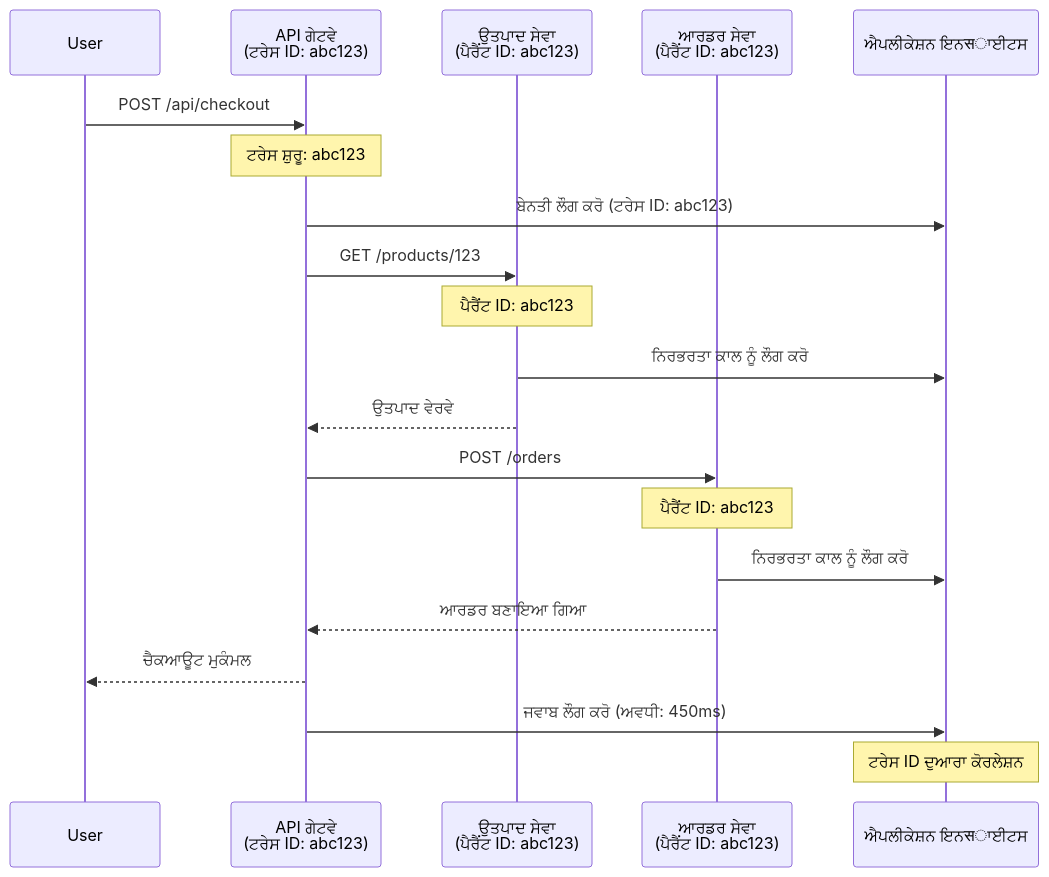
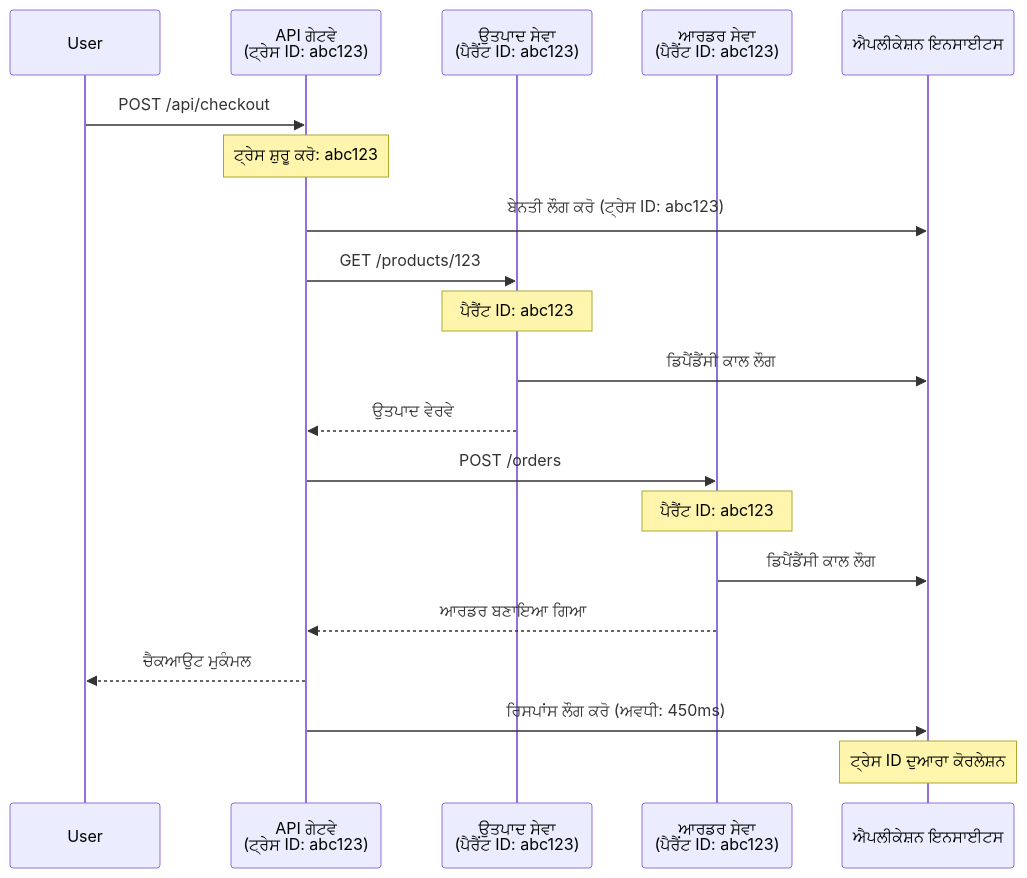
The second of 2 diagrams in translations/pa/docs/chapter-06-pre-deployment/application-insights.md (microsoft/AZD-for-beginners), drawn with Mermaid before and after one commit. The commit also changed other lines of this file and 101 other files, not shown here.

````diff
--- a/translations/pa/docs/chapter-06-pre-deployment/application-insights.md
+++ b/translations/pa/docs/chapter-06-pre-deployment/application-insights.md
@@ -744,27 +744,27 @@
 ```mermaid
 sequenceDiagram
     participant User
-    participant Gateway as API ਗੇਟਵੇ<br/>(ਟਰੇਸ ID: abc123)
+    participant Gateway as API ਗੇਟਵੇ<br/>(ਟ੍ਰੇਸ ID: abc123)
     participant Product as ਉਤਪਾਦ ਸੇਵਾ<br/>(ਪੈਰੈਂਟ ID: abc123)
     participant Order as ਆਰਡਰ ਸੇਵਾ<br/>(ਪੈਰੈਂਟ ID: abc123)
-    participant AppInsights as ਐਪਲੀਕੇਸ਼ਨ ਇਨसਾਈਟਸ
+    participant AppInsights as ਐਪਲੀਕੇਸ਼ਨ ਇਨਸਾਈਟਸ
     
     User->>Gateway: POST /api/checkout
-    Note over Gateway: ਟਰੇਸ ਸ਼ੁਰੂ: abc123
-    Gateway->>AppInsights: ਬੇਨਤੀ ਲੌਗ ਕਰੋ (ਟਰੇਸ ID: abc123)
+    Note over Gateway: ਟ੍ਰੇਸ ਸ਼ੁਰੂ ਕਰੋ: abc123
+    Gateway->>AppInsights: ਬੇਨਤੀ ਲੌਗ ਕਰੋ (ਟ੍ਰੇਸ ID: abc123)
     
     Gateway->>Product: GET /products/123
     Note over Product: ਪੈਰੈਂਟ ID: abc123
-    Product->>AppInsights: ਨਿਰਭਰਤਾ ਕਾਲ ਨੂੰ ਲੌਗ ਕਰੋ
+    Product->>AppInsights: ਡਿਪੈਂਡੈਂਸੀ ਕਾਲ ਲੌਗ
     Product-->>Gateway: ਉਤਪਾਦ ਵੇਰਵੇ
     
     Gateway->>Order: POST /orders
     Note over Order: ਪੈਰੈਂਟ ID: abc123
-    Order->>AppInsights: ਨਿਰਭਰਤਾ ਕਾਲ ਨੂੰ ਲੌਗ ਕਰੋ
+    Order->>AppInsights: ਡਿਪੈਂਡੈਂਸੀ ਕਾਲ ਲੌਗ
     Order-->>Gateway: ਆਰਡਰ ਬਣਾਇਆ ਗਿਆ
     
-    Gateway-->>User: ਚੈਕਆਊਟ ਮੁਕੰਮਲ
-    Gateway->>AppInsights: ਜਵਾਬ ਲੌਗ ਕਰੋ (ਅਵਧੀ: 450ms)
+    Gateway-->>User: ਚੈਕਆਉਟ ਮੁਕੰਮਲ
+    Gateway->>AppInsights: ਰਿਸਪਾਂਸ ਲੌਗ ਕਰੋ (ਅਵਧੀ: 450ms)
     
-    Note over AppInsights: ਟਰੇਸ ID ਦੁਆਰਾ ਕੋਰਲੇਸ਼ਨ
+    Note over AppInsights: ਟ੍ਰੇਸ ID ਦੁਆਰਾ ਕੋਰਲੇਸ਼ਨ
 ```
````
